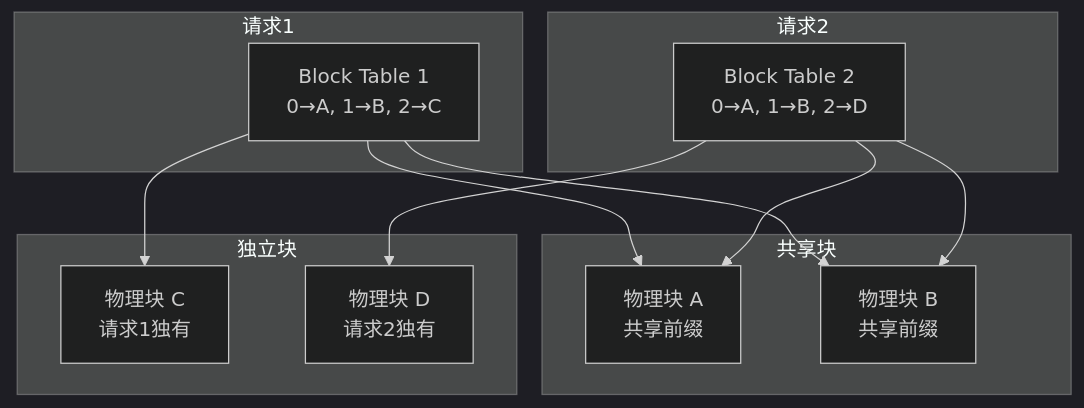
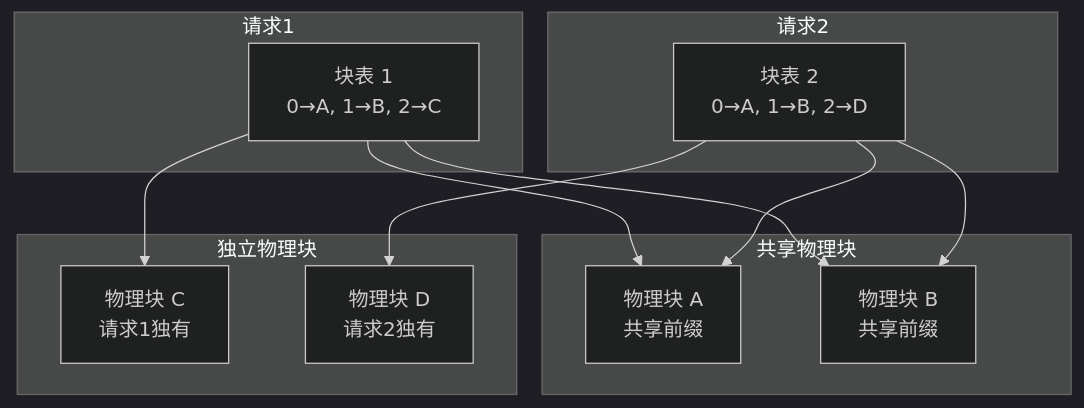
One commit to Xunzhuo/mini-sglang changed the fourth of 7 diagrams in learning/website/docs/basics/16-memory-management.md. Above: the diagram before and after it, drawn with Mermaid (dark theme). The commit also changed other lines of this file and 23 other files, not shown here.

````diff
--- a/learning/website/docs/basics/16-memory-management.md
+++ b/learning/website/docs/basics/16-memory-management.md
@@ -302,27 +318,27 @@
 ```mermaid
 graph TB
-    subgraph 请求1
-        R1[Block Table 1<br>0→A, 1→B, 2→C]
+    subgraph "请求1"
+        R1[块表 1<br/>0→A, 1→B, 2→C]
     end
     
-    subgraph 请求2
-        R2[Block Table 2<br>0→A, 1→B, 2→D]
+    subgraph "请求2"  
+        R2[块表 2<br/>0→A, 1→B, 2→D]
     end
     
-    subgraph 共享块
-        A[物理块 A<br>共享前缀]
-        B[物理块 B<br>共享前缀]
+    subgraph "共享物理块"
+        A[物理块 A<br/>共享前缀]
+        B[物理块 B<br/>共享前缀]
     end
     
-    subgraph 独立块
-        C[物理块 C<br>请求1独有]
-        D[物理块 D<br>请求2独有]
+    subgraph "独立物理块"
+        C[物理块 C<br/>请求1独有]
+        D[物理块 D<br/>请求2独有]
     end
     
     R1 --> A
     R1 --> B
     R1 --> C
-    R2 --> A
+    R2 --> A  
     R2 --> B
     R2 --> D
 ```
````
